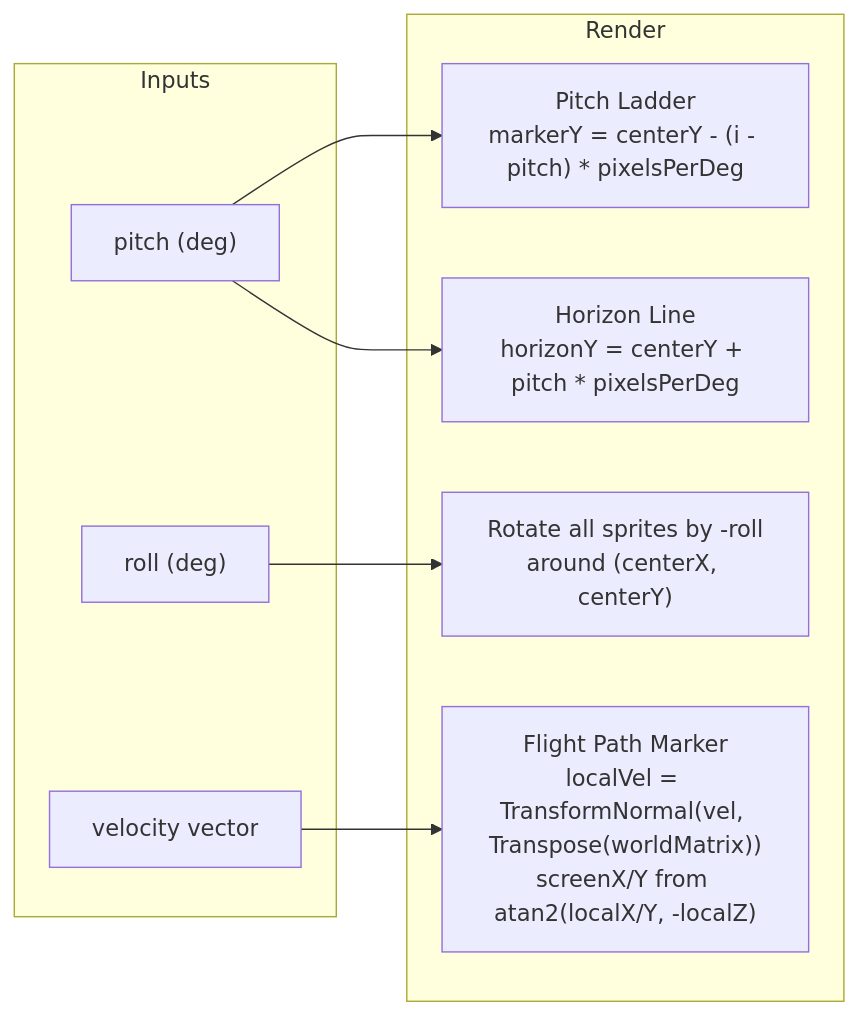
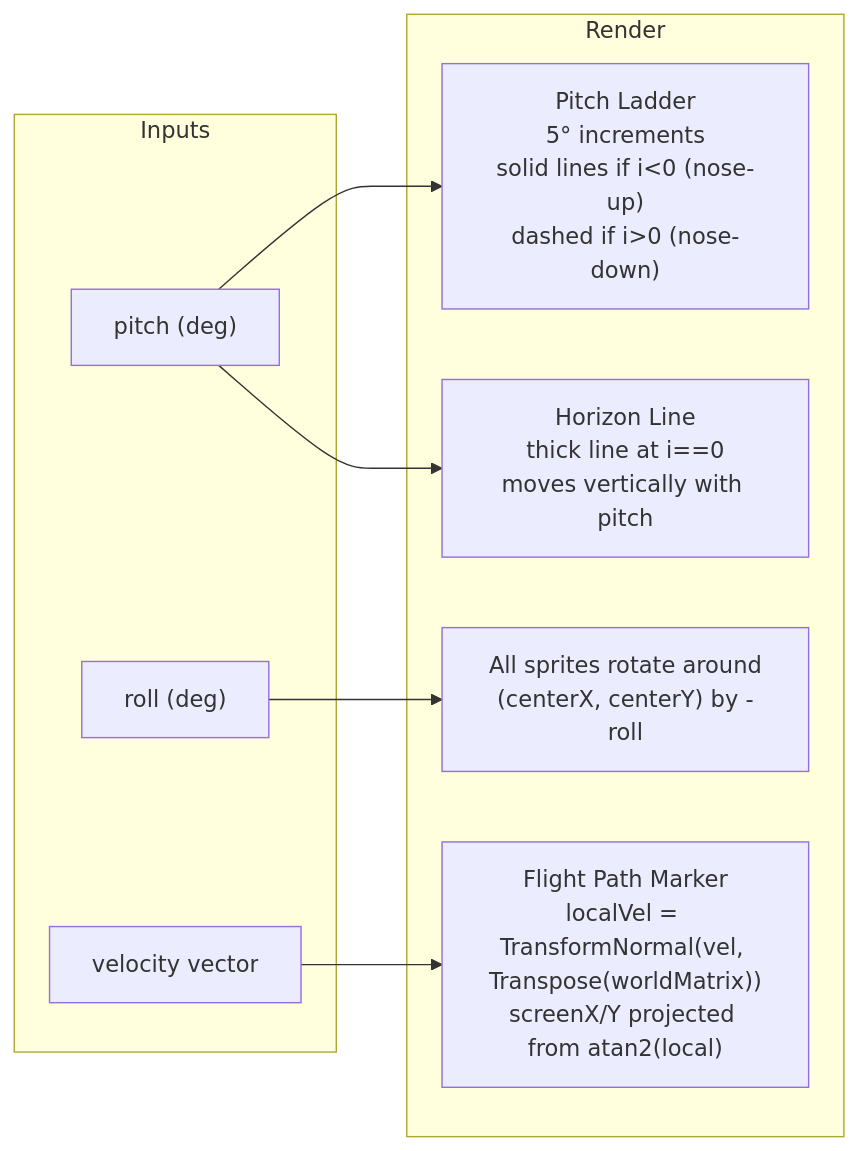
Before and after one commit to Terilia/JetOS: the third of 9 diagrams in docs/hud-rendering.md, drawn with Mermaid. The commit also changed other lines of this file and 23 other files, not shown here.

````diff
--- a/docs/hud-rendering.md
+++ b/docs/hud-rendering.md
@@ -73,20 +95,20 @@
 ```mermaid
 flowchart LR
-    subgraph Inputs
-        PITCH["pitch (deg)"]
-        ROLL["roll (deg)"]
-        VEL["velocity vector"]
+    subgraph In ["Inputs"]
+        P["pitch (deg)"]
+        R["roll (deg)"]
+        V["velocity vector"]
     end
 
-    subgraph Render
-        PL["Pitch Ladder\nmarkerY = centerY - (i - pitch) * pixelsPerDeg"]
-        HL["Horizon Line\nhorizonY = centerY + pitch * pixelsPerDeg"]
-        ROT["Rotate all sprites by -roll\naround (centerX, centerY)"]
-        FPM["Flight Path Marker\nlocalVel = TransformNormal(vel, Transpose(worldMatrix))\nscreenX/Y from atan2(localX/Y, -localZ)"]
+    subgraph Pipe ["Render"]
+        PL["Pitch Ladder<br/>5° increments<br/>solid lines if i&lt;0 (nose-up)<br/>dashed if i&gt;0 (nose-down)"]
+        HL["Horizon Line<br/>thick line at i==0<br/>moves vertically with pitch"]
+        ROT["All sprites rotate around<br/>(centerX, centerY) by -roll"]
+        FPM["Flight Path Marker<br/>localVel = TransformNormal(vel, Transpose(worldMatrix))<br/>screenX/Y projected from atan2(local)"]
     end
 
-    PITCH --> PL
-    PITCH --> HL
-    ROLL --> ROT
-    VEL --> FPM
+    P --> PL
+    P --> HL
+    R --> ROT
+    V --> FPM
 ```
````
